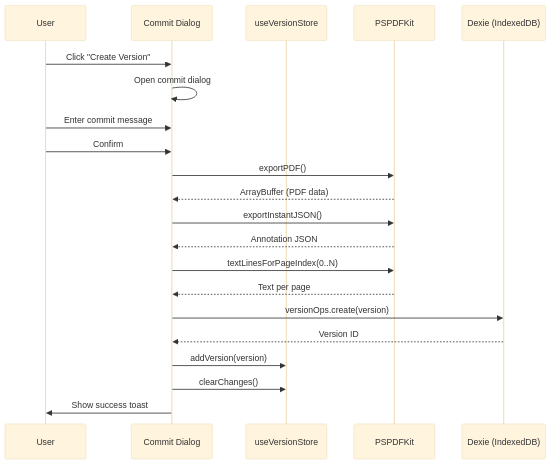
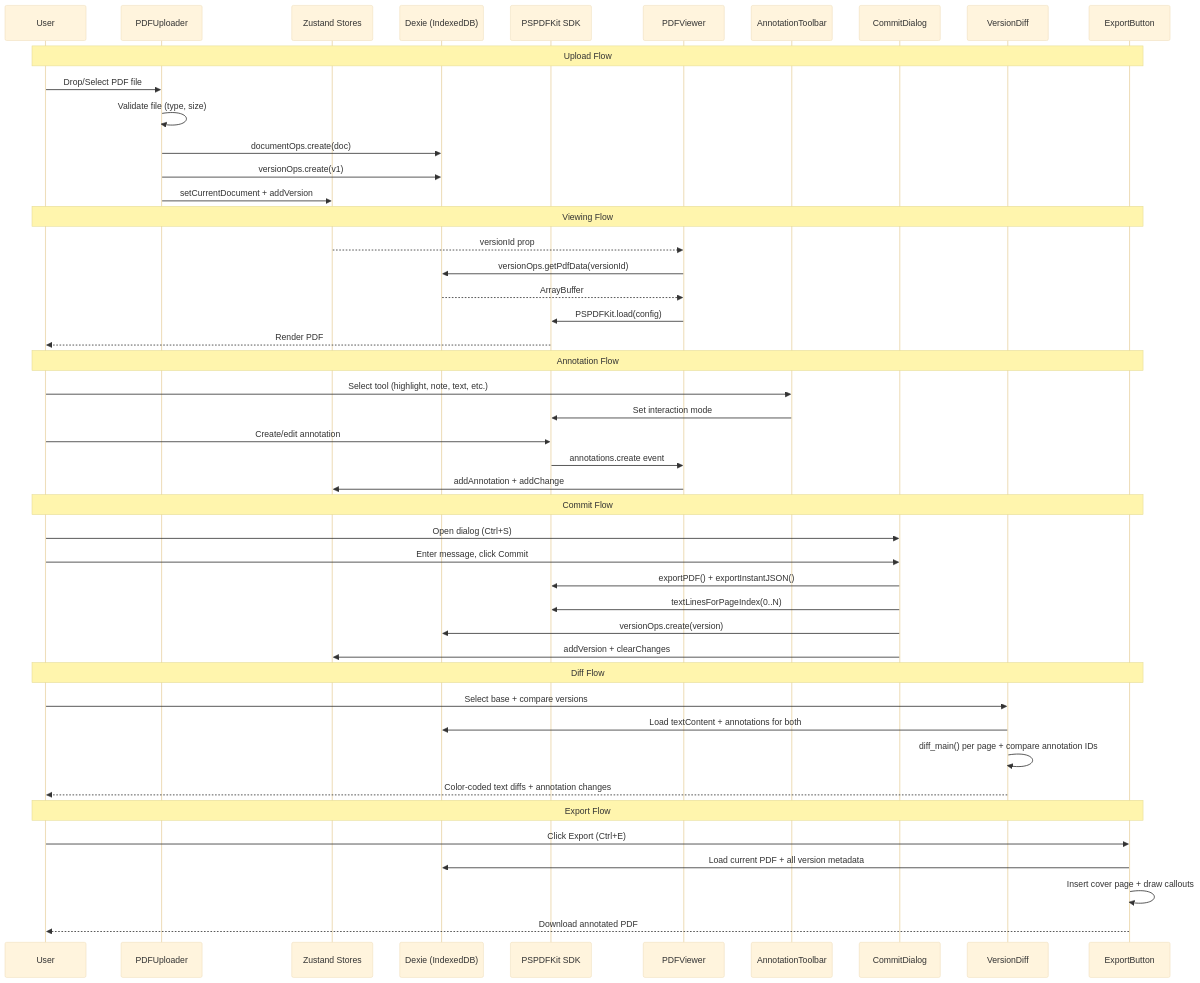
Before and after one commit to hellosurbhi/pdf-review-tool: the second of 8 diagrams in ARCHITECTURE.md, drawn with Mermaid (base theme). The commit also changed other lines of this file and 16 other files, not shown here.

````diff
--- a/ARCHITECTURE.md
+++ b/ARCHITECTURE.md
@@ -75,24 +64,54 @@
 ```mermaid
 sequenceDiagram
     participant User
-    participant UI as Commit Dialog
-    participant Store as useVersionStore
-    participant PSPDFKit
+    participant Upload as PDFUploader
+    participant Store as Zustand Stores
     participant DB as Dexie (IndexedDB)
+    participant PSPDFKit as PSPDFKit SDK
+    participant Viewer as PDFViewer
+    participant Toolbar as AnnotationToolbar
+    participant Commit as CommitDialog
+    participant Diff as VersionDiff
+    participant Export as ExportButton
 
-    User->>UI: Click "Create Version"
-    UI->>UI: Open commit dialog
-    User->>UI: Enter commit message
-    User->>UI: Confirm
-    UI->>PSPDFKit: exportPDF()
-    PSPDFKit-->>UI: ArrayBuffer (PDF data)
-    UI->>PSPDFKit: exportInstantJSON()
-    PSPDFKit-->>UI: Annotation JSON
-    UI->>PSPDFKit: textLinesForPageIndex(0..N)
-    PSPDFKit-->>UI: Text per page
-    UI->>DB: versionOps.create(version)
-    DB-->>UI: Version ID
-    UI->>Store: addVersion(version)
-    UI->>Store: clearChanges()
-    UI->>User: Show success toast
+    Note over User,Export: Upload Flow
+    User->>Upload: Drop/Select PDF file
+    Upload->>Upload: Validate file (type, size)
+    Upload->>DB: documentOps.create(doc)
+    Upload->>DB: versionOps.create(v1)
+    Upload->>Store: setCurrentDocument + addVersion
+
+    Note over User,Export: Viewing Flow
+    Store-->>Viewer: versionId prop
+    Viewer->>DB: versionOps.getPdfData(versionId)
+    DB-->>Viewer: ArrayBuffer
+    Viewer->>PSPDFKit: PSPDFKit.load(config)
+    PSPDFKit-->>User: Render PDF
+
+    Note over User,Export: Annotation Flow
+    User->>Toolbar: Select tool (highlight, note, text, etc.)
+    Toolbar->>PSPDFKit: Set interaction mode
+    User->>PSPDFKit: Create/edit annotation
+    PSPDFKit->>Viewer: annotations.create event
+    Viewer->>Store: addAnnotation + addChange
+
+    Note over User,Export: Commit Flow
+    User->>Commit: Open dialog (Ctrl+S)
+    User->>Commit: Enter message, click Commit
+    Commit->>PSPDFKit: exportPDF() + exportInstantJSON()
+    Commit->>PSPDFKit: textLinesForPageIndex(0..N)
+    Commit->>DB: versionOps.create(version)
+    Commit->>Store: addVersion + clearChanges
+
+    Note over User,Export: Diff Flow
+    User->>Diff: Select base + compare versions
+    Diff->>DB: Load textContent + annotations for both
+    Diff->>Diff: diff_main() per page + compare annotation IDs
+    Diff-->>User: Color-coded text diffs + annotation changes
+
+    Note over User,Export: Export Flow
+    User->>Export: Click Export (Ctrl+E)
+    Export->>DB: Load current PDF + all version metadata
+    Export->>Export: Insert cover page + draw callouts
+    Export-->>User: Download annotated PDF
 ```
````
